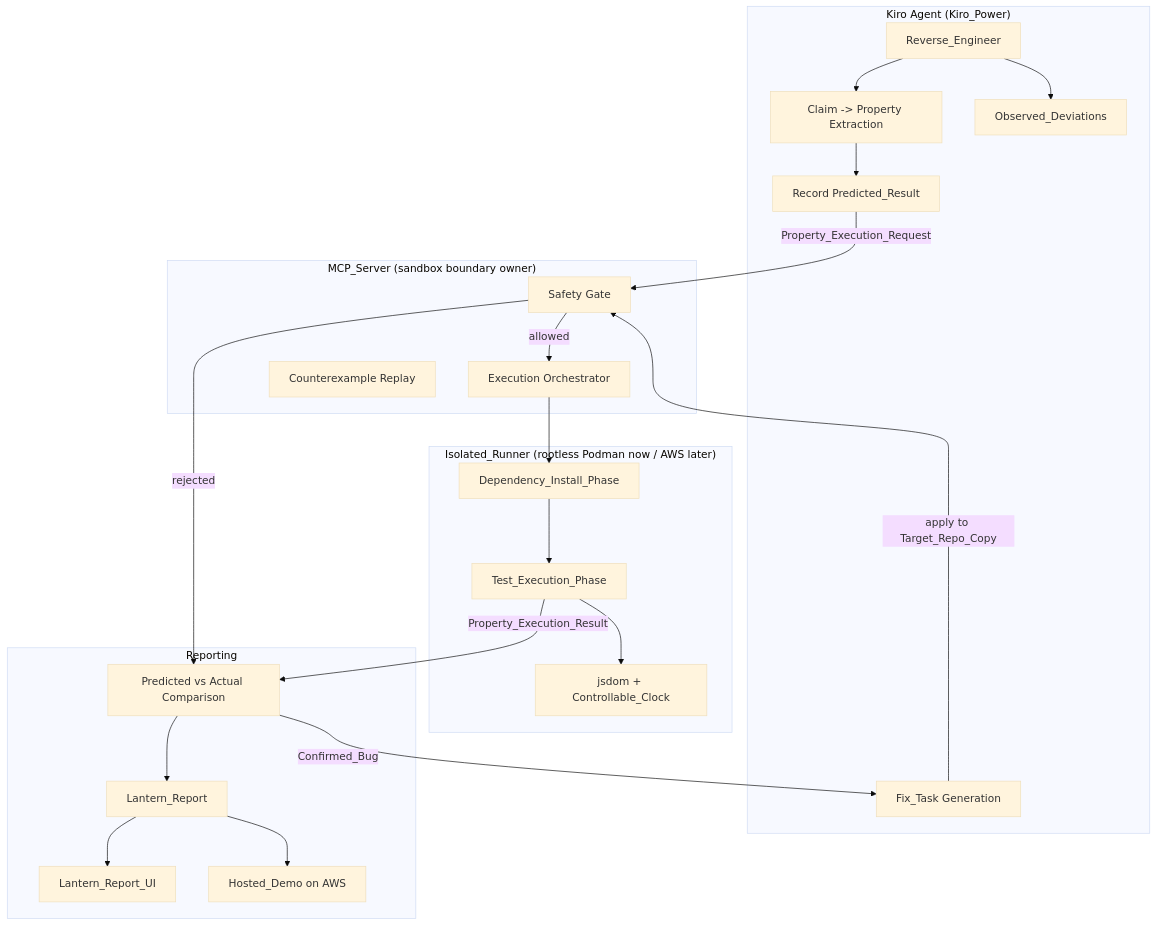
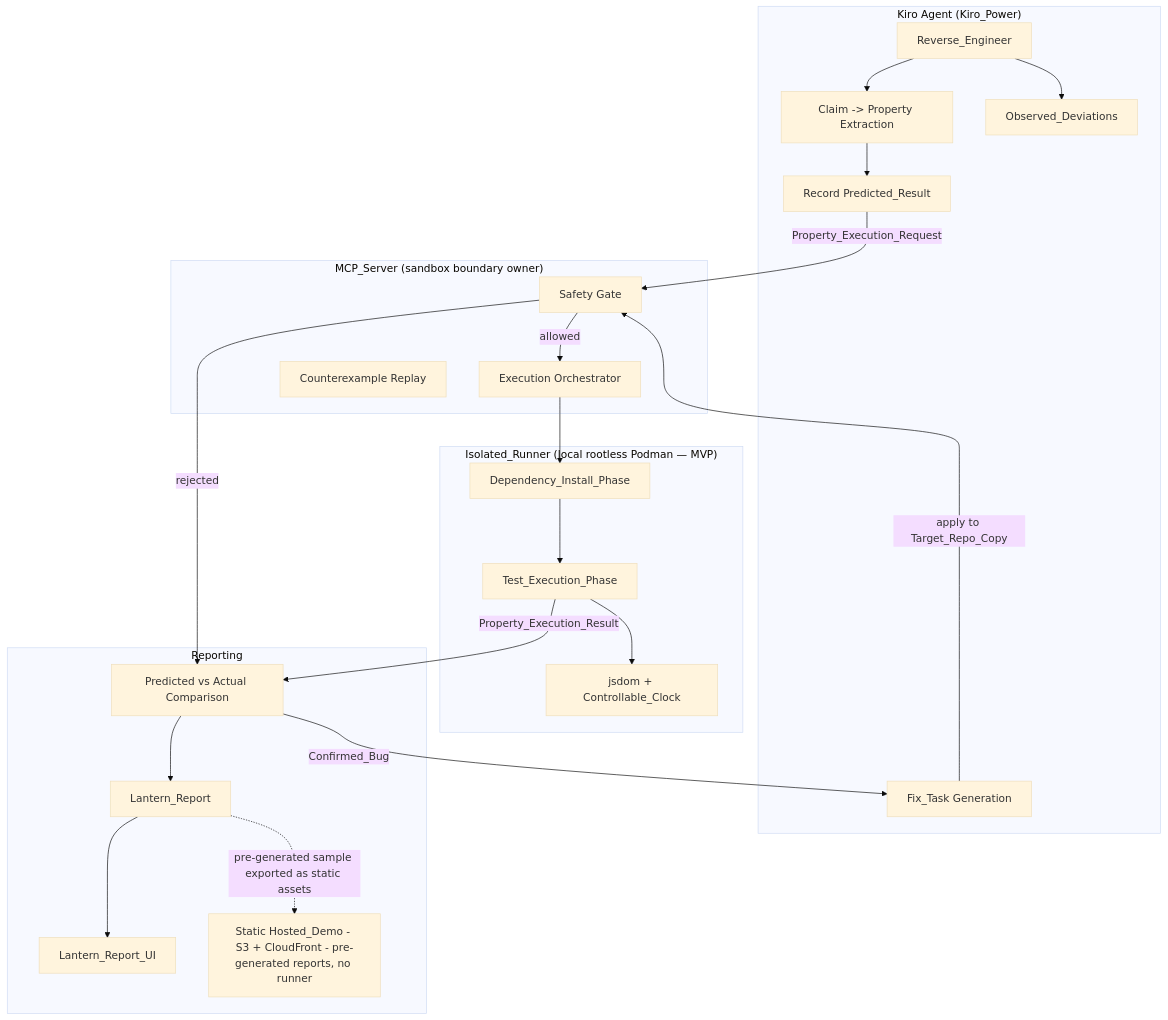
Before and after one commit to ikenyal/spec-lantern: the first of 4 diagrams in .kiro/specs/spec-lantern/design.md, drawn with Mermaid (base theme). The commit also changed other lines of this file, not shown here.

Commit message:
spec: scope design for solo MVP (local Podman, Verdaccio install proxy, static hosted demo)

````diff
--- a/.kiro/specs/spec-lantern/design.md
+++ b/.kiro/specs/spec-lantern/design.md
@@ -26,41 +28,41 @@
 ```mermaid
 flowchart TB
     subgraph Agent["Kiro Agent (Kiro_Power)"]
         RE[Reverse_Engineer]
         EX[Claim -> Property Extraction]
         PR[Record Predicted_Result]
         DEV[Observed_Deviations]
         FIX[Fix_Task Generation]
     end
 
     subgraph MCP["MCP_Server (sandbox boundary owner)"]
         GATE[Safety Gate]
         ORCH[Execution Orchestrator]
         REPLAY[Counterexample Replay]
     end
 
-    subgraph Runner["Isolated_Runner (rootless Podman now / AWS later)"]
+    subgraph Runner["Isolated_Runner (local rootless Podman — MVP)"]
         DEP[Dependency_Install_Phase]
         TEST[Test_Execution_Phase]
         JSDOM[jsdom + Controllable_Clock]
     end
 
     subgraph Report["Reporting"]
         CMP[Predicted vs Actual Comparison]
         LR[Lantern_Report]
         UI[Lantern_Report_UI]
-        DEMO[Hosted_Demo on AWS]
+        DEMO[Static Hosted_Demo - S3 + CloudFront - pre-generated reports, no runner]
     end
 
     RE --> EX --> PR
     RE --> DEV
     PR -->|Property_Execution_Request| GATE
     GATE -->|allowed| ORCH
     GATE -->|rejected| CMP
     ORCH --> DEP --> TEST --> JSDOM
     TEST -->|Property_Execution_Result| CMP
     CMP --> LR --> UI
-    LR --> DEMO
+    LR -.->|pre-generated sample exported as static assets| DEMO
     CMP -->|Confirmed_Bug| FIX
     FIX -->|apply to Target_Repo_Copy| GATE
 ```
````
